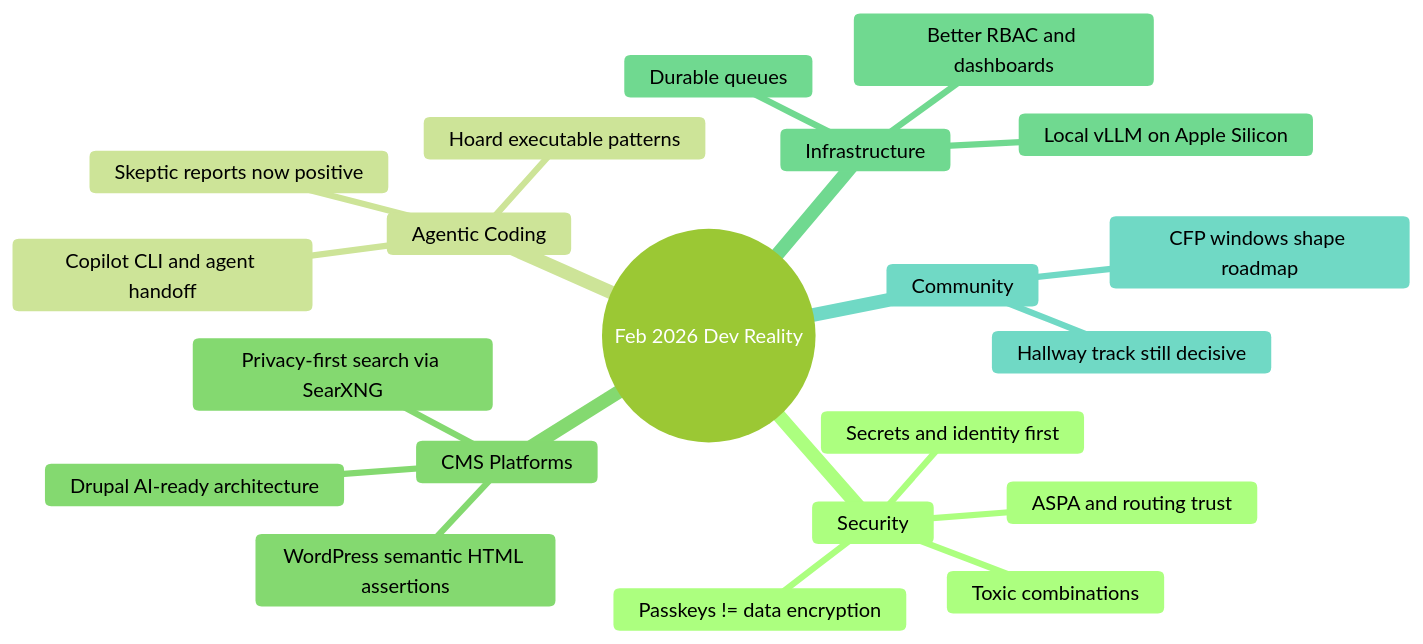
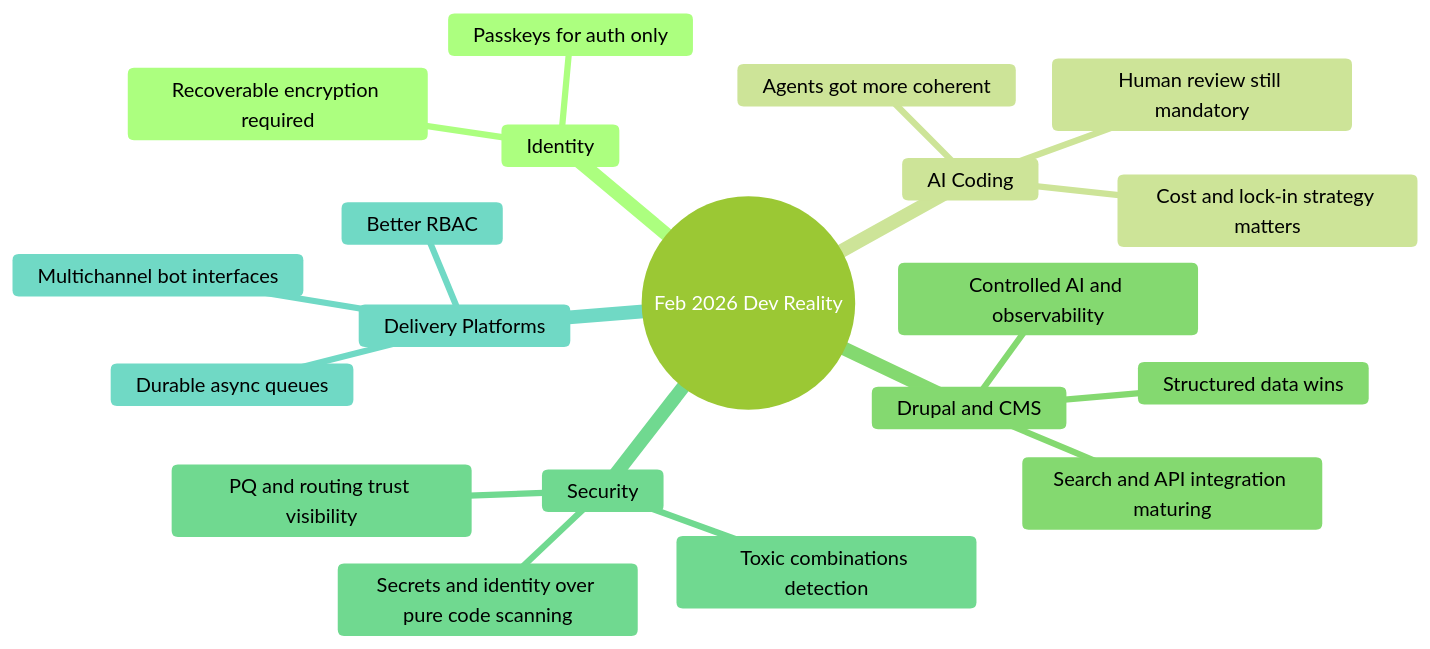
Before and after one commit to victorstack-ai/agent-blog: the diagram in blog/2026-02-28-please-please-please-stop-using-passkeys-for-encrypting-user.md, drawn with Mermaid (forest theme). The commit also changed other lines of this file, not shown here.

Commit message:
Publish learning devlog: 2026-02-28-please-please-please-stop-using-passkeys-for-encrypting-user

````diff
--- a/blog/2026-02-28-please-please-please-stop-using-passkeys-for-encrypting-user.md
+++ b/blog/2026-02-28-please-please-please-stop-using-passkeys-for-encrypting-user.md
@@ -263,24 +138,23 @@
 ```mermaid
 mindmap
   root((Feb 2026 Dev Reality))
+    Identity
+      Passkeys for auth only
+      Recoverable encryption required
+    AI Coding
+      Agents got more coherent
+      Human review still mandatory
+      Cost and lock-in strategy matters
+    Drupal and CMS
+      Structured data wins
+      Controlled AI and observability
+      Search and API integration maturing
     Security
-      Passkeys != data encryption
-      Toxic combinations
-      Secrets and identity first
-      ASPA and routing trust
-    Agentic Coding
-      Skeptic reports now positive
-      Copilot CLI and agent handoff
-      Hoard executable patterns
-    CMS Platforms
-      Drupal AI-ready architecture
-      Privacy-first search via SearXNG
-      WordPress semantic HTML assertions
-    Infrastructure
-      Durable queues
-      Local vLLM on Apple Silicon
-      Better RBAC and dashboards
-    Community
-      Hallway track still decisive
-      CFP windows shape roadmap
+      Secrets and identity over pure code scanning
+      Toxic combinations detection
+      PQ and routing trust visibility
+    Delivery Platforms
+      Durable async queues
+      Better RBAC
+      Multichannel bot interfaces
 ```
````
